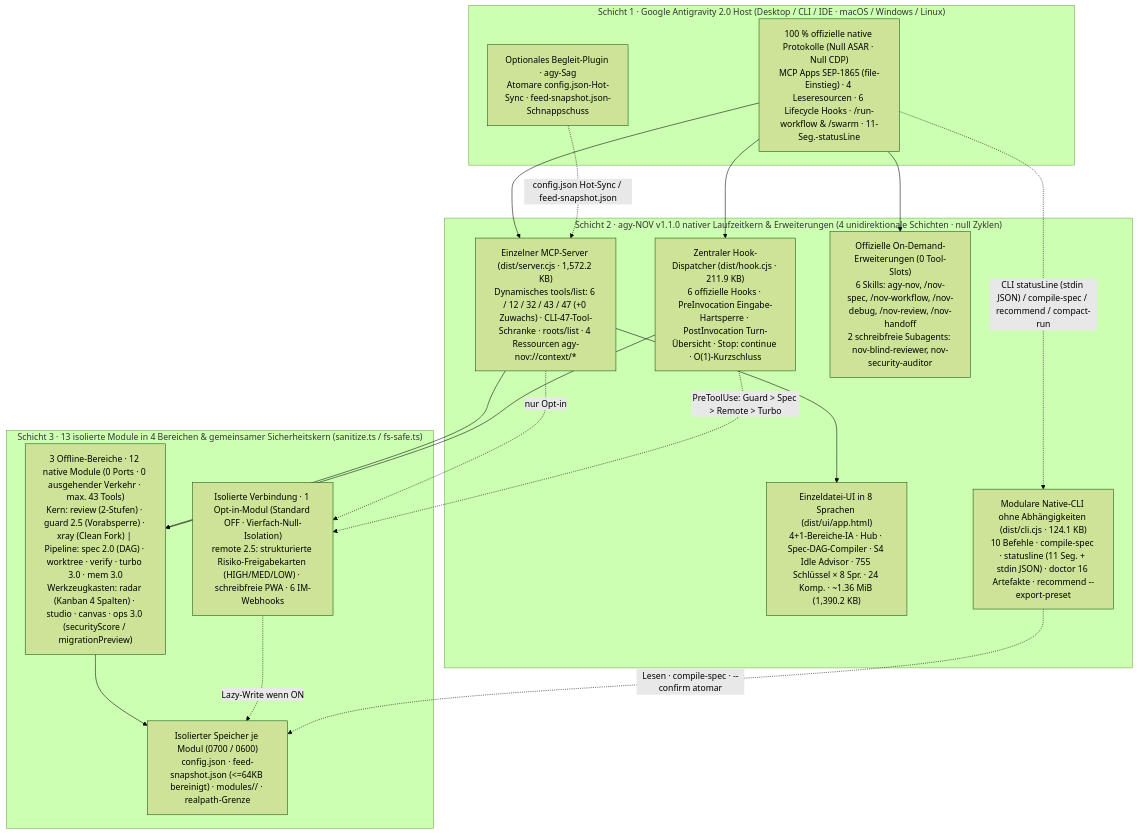
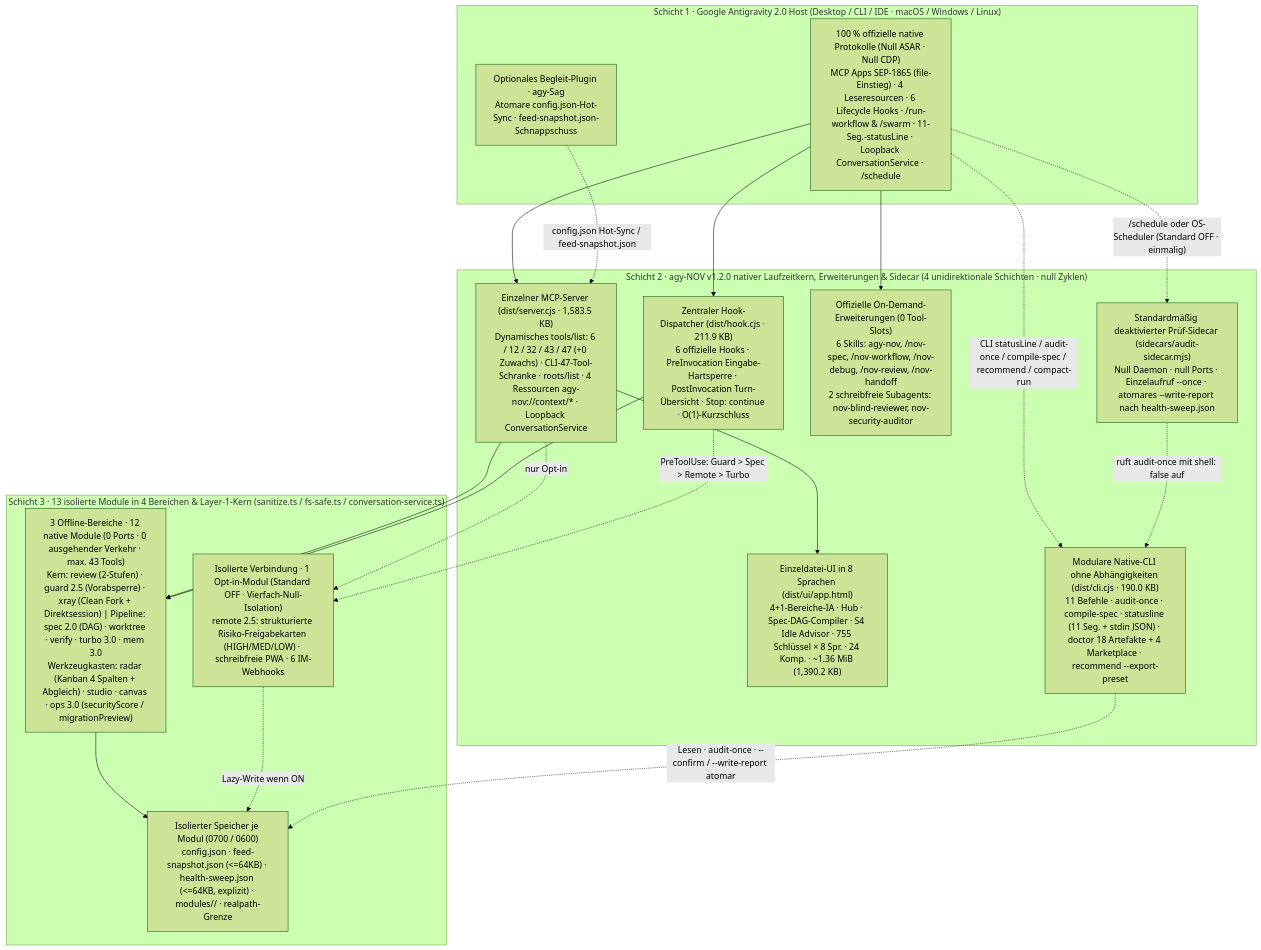
One commit to tone-leh/agy-NOV changed the diagram in docs/i18n/README.de.md. Above: the diagram before and after it, drawn with Mermaid (forest theme). The commit also changed other lines of this file and 38 other files, not shown here.

Commit message:
feat(v1.2.0): opt-in read-only audit sidecar, loopback ConversationService bridge & Marketplace readiness

````diff
--- a/docs/i18n/README.de.md
+++ b/docs/i18n/README.de.md
@@ -244,35 +262,38 @@
 ```mermaid
 flowchart TB
   subgraph L1["Schicht 1 · Google Antigravity 2.0 Host (Desktop / CLI / IDE · macOS / Windows / Linux)"]
-    Host["100 % offizielle native Protokolle (Null ASAR · Null CDP)\nMCP Apps SEP-1865 (file-Einstieg) · 4 Leseresourcen · 6 Lifecycle Hooks · /run-workflow & /swarm · 11-Seg.-statusLine"]
+    Host["100 % offizielle native Protokolle (Null ASAR · Null CDP)\nMCP Apps SEP-1865 (file-Einstieg) · 4 Leseresourcen · 6 Lifecycle Hooks · /run-workflow & /swarm · 11-Seg.-statusLine · Loopback ConversationService · /schedule"]
     Sag["Optionales Begleit-Plugin · agy-Sag\nAtomare config.json-Hot-Sync · feed-snapshot.json-Schnappschuss"]
   end
 
-  subgraph L2["Schicht 2 · agy-NOV v1.1.0 nativer Laufzeitkern & Erweiterungen (4 unidirektionale Schichten · null Zyklen)"]
-    MCP["Einzelner MCP-Server (dist/server.cjs · 1,572.2 KB)\nDynamisches tools/list: 6 / 12 / 32 / 43 / 47 (+0 Zuwachs) · CLI-47-Tool-Schranke · roots/list · 4 Ressourcen agy-nov://context/*"]
+  subgraph L2["Schicht 2 · agy-NOV v1.2.0 nativer Laufzeitkern, Erweiterungen & Sidecar (4 unidirektionale Schichten · null Zyklen)"]
+    MCP["Einzelner MCP-Server (dist/server.cjs · 1,583.5 KB)\nDynamisches tools/list: 6 / 12 / 32 / 43 / 47 (+0 Zuwachs) · CLI-47-Tool-Schranke · roots/list · 4 Ressourcen agy-nov://context/* · Loopback ConversationService"]
     Hook["Zentraler Hook-Dispatcher (dist/hook.cjs · 211.9 KB)\n6 offizielle Hooks · PreInvocation Eingabe-Hartsperre · PostInvocation Turn-Übersicht · Stop: continue · O(1)-Kurzschluss"]
     UI["Einzeldatei-UI in 8 Sprachen (dist/ui/app.html)\n4+1-Bereiche-IA · Hub · Spec-DAG-Compiler · S4 Idle Advisor · 755 Schlüssel × 8 Spr. · 24 Komp. · ~1.36 MiB (1,390.2 KB)"]
     Ext["Offizielle On-Demand-Erweiterungen (0 Tool-Slots)\n6 Skills: agy-nov, /nov-spec, /nov-workflow, /nov-debug, /nov-review, /nov-handoff\n2 schreibfreie Subagents: nov-blind-reviewer, nov-security-auditor"]
-    CLI["Modulare Native-CLI ohne Abhängigkeiten (dist/cli.cjs · 124.1 KB)\n10 Befehle · compile-spec · statusline (11 Seg. + stdin JSON) · doctor 16 Artefakte · recommend --export-preset"]
+    CLI["Modulare Native-CLI ohne Abhängigkeiten (dist/cli.cjs · 190.0 KB)\n11 Befehle · audit-once · compile-spec · statusline (11 Seg. + stdin JSON) · doctor 18 Artefakte + 4 Marketplace · recommend --export-preset"]
+    Sidecar["Standardmäßig deaktivierter Prüf-Sidecar (sidecars/audit-sidecar.mjs)\nNull Daemon · null Ports · Einzelaufruf --once · atomares --write-report nach health-sweep.json"]
   end
 
-  subgraph L3["Schicht 3 · 13 isolierte Module in 4 Bereichen & gemeinsamer Sicherheitskern (sanitize.ts / fs-safe.ts)"]
-    T1["3 Offline-Bereiche · 12 native Module (0 Ports · 0 ausgehender Verkehr · max. 43 Tools)\nKern: review (2-Stufen) · guard 2.5 (Vorabsperre) · xray (Clean Fork) | Pipeline: spec 2.0 (DAG) · worktree · verify · turbo 3.0 · mem 3.0\nWerkzeugkasten: radar (Kanban 4 Spalten) · studio · canvas · ops 3.0 (securityScore / migrationPreview)"]
+  subgraph L3["Schicht 3 · 13 isolierte Module in 4 Bereichen & Layer-1-Kern (sanitize.ts / fs-safe.ts / conversation-service.ts)"]
+    T1["3 Offline-Bereiche · 12 native Module (0 Ports · 0 ausgehender Verkehr · max. 43 Tools)\nKern: review (2-Stufen) · guard 2.5 (Vorabsperre) · xray (Clean Fork + Direktsession) | Pipeline: spec 2.0 (DAG) · worktree · verify · turbo 3.0 · mem 3.0\nWerkzeugkasten: radar (Kanban 4 Spalten + Abgleich) · studio · canvas · ops 3.0 (securityScore / migrationPreview)"]
     T2R["Isolierte Verbindung · 1 Opt-in-Modul (Standard OFF · Vierfach-Null-Isolation)\nremote 2.5: strukturierte Risiko-Freigabekarten (HIGH/MED/LOW) · schreibfreie PWA · 6 IM-Webhooks"]
-    Store["Isolierter Speicher je Modul (0700 / 0600)\nconfig.json · feed-snapshot.json (<=64KB bereinigt) · modules/<id>/ · realpath-Grenze"]
+    Store["Isolierter Speicher je Modul (0700 / 0600)\nconfig.json · feed-snapshot.json (<=64KB) · health-sweep.json (<=64KB, explizit) · modules/<id>/ · realpath-Grenze"]
   end
 
   Host --> MCP
   Host --> Hook
   Host --> Ext
-  Host -. "CLI statusLine (stdin JSON) / compile-spec / recommend / compact-run" .-> CLI
+  Host -. "CLI statusLine / audit-once / compile-spec / recommend / compact-run" .-> CLI
+  Host -. "/schedule oder OS-Scheduler (Standard OFF · einmalig)" .-> Sidecar
+  Sidecar -. "ruft audit-once mit shell: false auf" .-> CLI
   Sag -. "config.json Hot-Sync / feed-snapshot.json" .-> MCP
   MCP --> UI
   MCP --> T1
   MCP -. "nur Opt-in" .-> T2R
   Hook --> T1
   Hook -. "PreToolUse: Guard > Spec > Remote > Turbo" .-> T2R
   T1 --> Store
   T2R -. "Lazy-Write wenn ON" .-> Store
-  CLI -. "Lesen · compile-spec · --confirm atomar" .-> Store
+  CLI -. "Lesen · audit-once · --confirm / --write-report atomar" .-> Store
 ```
````
